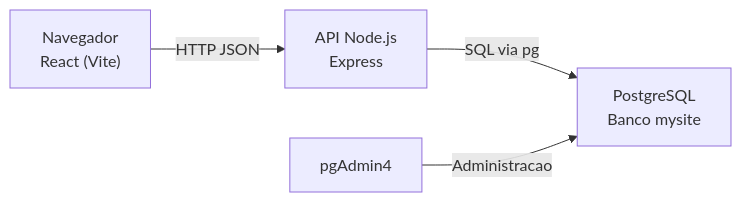
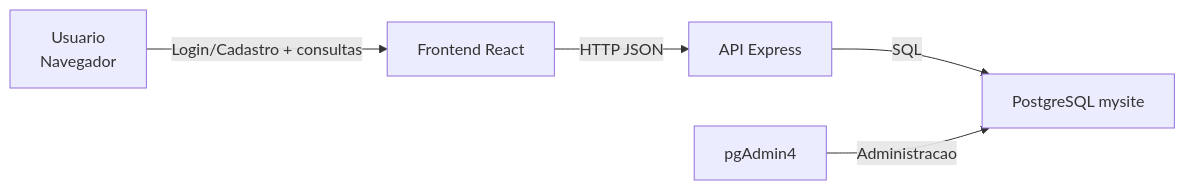
Before and after one commit to mateusmon/mysite: the diagram in README.md, drawn with Mermaid. The commit also changed other lines of this file and 10 other files, not shown here.

````diff
--- a/README.md
+++ b/README.md
@@ -29,6 +24,7 @@
 ```mermaid
 flowchart LR
-    A["Navegador\nReact (Vite)"] -->|HTTP JSON| B["API Node.js\nExpress"]
-    B -->|SQL via pg| C["PostgreSQL\nBanco mysite"]
-    D["pgAdmin4"] -->|Administracao| C
+    A["Usuario\nNavegador"] -->|Login/Cadastro + consultas| B["Frontend React"]
+    B -->|HTTP JSON| C["API Express"]
+    C -->|SQL| D["PostgreSQL mysite"]
+    E["pgAdmin4"] -->|Administracao| D
 ```
````
